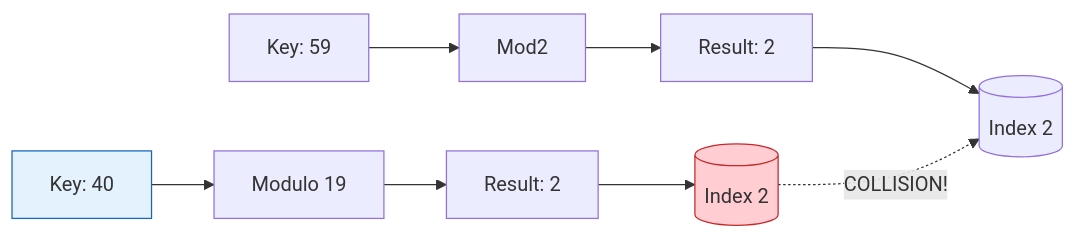
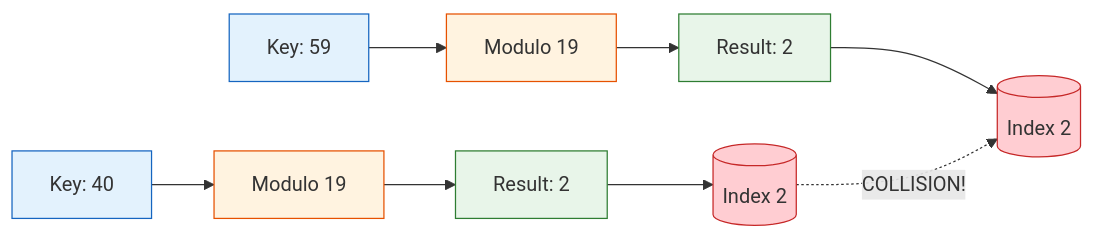
Before and after one commit to imyash0722/SEM3-DSA-UE25CS52A-STUDY-MATERIAL: the second of 3 diagrams in site/docs/unit4/theory/unit4_01_hashing.md, drawn with Mermaid. The commit also changed 113 other files, not shown here.

Commit message:
Fix Mermaid diagram syntax, dark mode readability, algorithmic visualizations, and update site build

````diff
--- a/site/docs/unit4/theory/unit4_01_hashing.md
+++ b/site/docs/unit4/theory/unit4_01_hashing.md
@@ -60,15 +60,21 @@
 ```mermaid
 flowchart LR
     K[Key: 40] --> Mod[Modulo 19]
     Mod --> R[Result: 2]
     R --> Table[(Index 2)]
     
-    K2[Key: 59] --> Mod2
+    K2[Key: 59] --> Mod2[Modulo 19]
     Mod2 --> R2[Result: 2]
     R2 --> Table2[(Index 2)]
     
     Table -.->|COLLISION!| Table2
     
     style K fill:#e3f2fd,stroke:#1565c0
+    style K2 fill:#e3f2fd,stroke:#1565c0
+    style Mod fill:#fff3e0,stroke:#e65100
+    style Mod2 fill:#fff3e0,stroke:#e65100
+    style R fill:#e8f5e9,stroke:#2e7d32
+    style R2 fill:#e8f5e9,stroke:#2e7d32
     style Table fill:#ffcdd2,stroke:#c62828
+    style Table2 fill:#ffcdd2,stroke:#c62828
 ```
````
